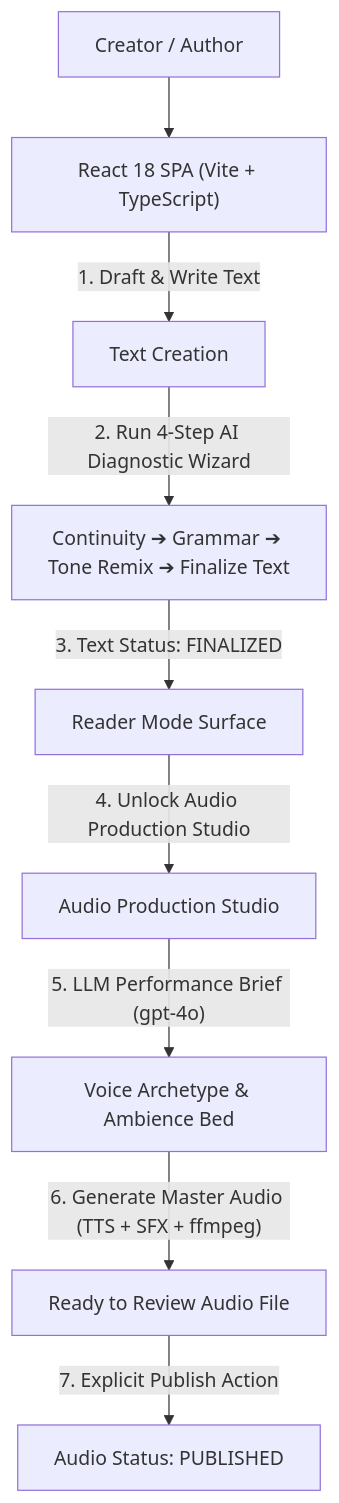
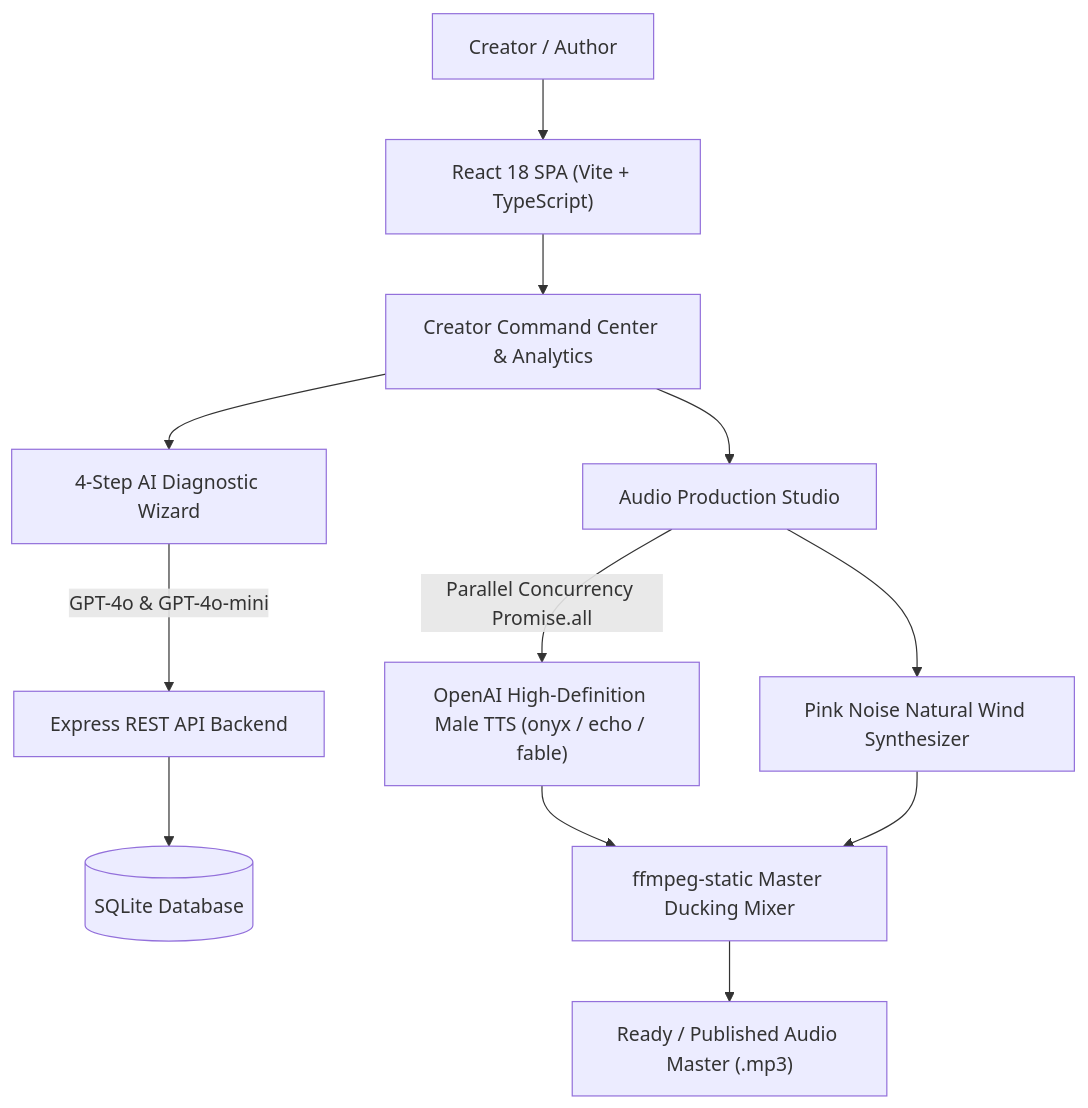
One commit to Harxshz7/pocketverse changed the diagram in README.md. Above: the diagram before and after it, drawn with Mermaid. The commit also changed other lines of this file, not shown here.

````diff
--- a/README.md
+++ b/README.md
@@ -11,11 +95,13 @@
 ```mermaid
 graph TD
     User["Creator / Author"] --> Frontend["React 18 SPA (Vite + TypeScript)"]
-    Frontend -->|"1. Draft & Write Text"| TextFlow["Text Creation"]
-    TextFlow -->|"2. Run 4-Step AI Diagnostic Wizard"| Wizard["Continuity ➔ Grammar ➔ Tone Remix ➔ Finalize Text"]
-    Wizard -->|"3. Text Status: FINALIZED"| ReaderMode["Reader Mode Surface"]
-    ReaderMode -->|"4. Unlock Audio Production Studio"| AudioStudio["Audio Production Studio"]
-    AudioStudio -->|"5. LLM Performance Brief (gpt-4o)"| Direction["Voice Archetype & Ambience Bed"]
-    Direction -->|"6. Generate Master Audio (TTS + SFX + ffmpeg)"| AudioRender["Ready to Review Audio File"]
-    AudioRender -->|"7. Explicit Publish Action"| AudioPublished["Audio Status: PUBLISHED"]
+    Frontend --> Dashboard["Creator Command Center & Analytics"]
+    Dashboard --> Wizard["4-Step AI Diagnostic Wizard"]
+    Wizard -->|"GPT-4o & GPT-4o-mini"| Backend["Express REST API Backend"]
+    Backend --> SQLite[("SQLite Database")]
+    Dashboard --> AudioStudio["Audio Production Studio"]
+    AudioStudio -->|"Parallel Concurrency Promise.all"| OpenAITTS["OpenAI High-Definition Male TTS (onyx / echo / fable)"]
+    AudioStudio --> PinkNoise["Pink Noise Natural Wind Synthesizer"]
+    OpenAITTS & PinkNoise --> FFmpeg["ffmpeg-static Master Ducking Mixer"]
+    FFmpeg --> MasterTrack["Ready / Published Audio Master (.mp3)"]
 ```
````
